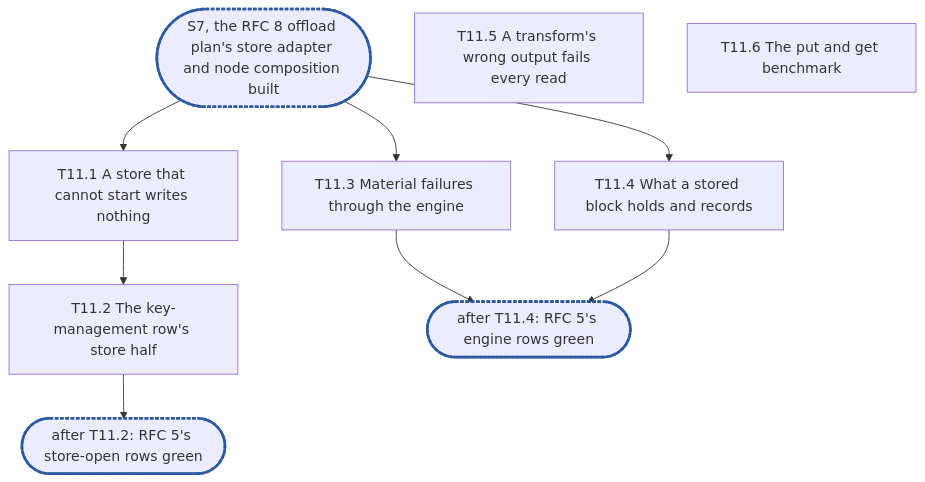
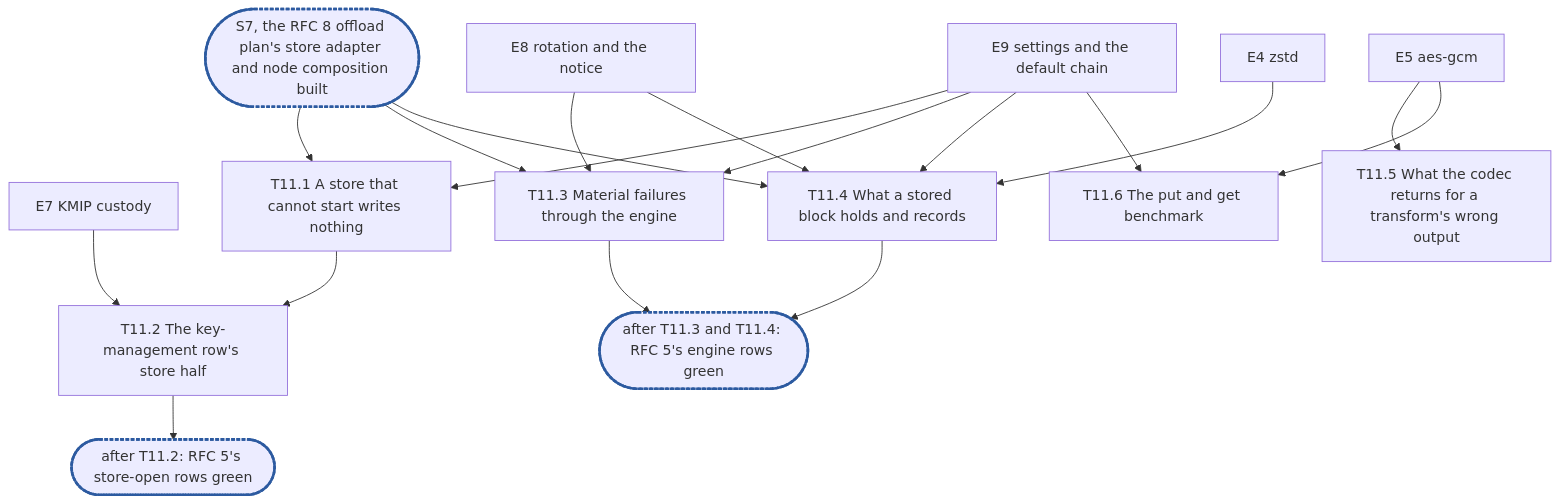
The diagram in .planning/rfc-5-transforms-epic11.md (cubbit/dittofs), drawn with Mermaid before and after one commit. The commit also changed other lines of this file, not shown here.

Commit message:
docs(planning): fold review passes into RFC 5 epic 11

````diff
--- a/.planning/rfc-5-transforms-epic11.md
+++ b/.planning/rfc-5-transforms-epic11.md
@@ -429,14 +428,18 @@
 ```mermaid
 flowchart TD
   S7(["S7, the RFC 8 offload plan's store adapter and node composition built"]):::sync
-  S7 --> T11_1["T11.1 A store that cannot start writes nothing"]
-  T11_1 --> T11_2["T11.2 The key-management row's store half"]
-  S7 --> T11_3["T11.3 Material failures through the engine"]
-  S7 --> T11_4["T11.4 What a stored block holds and records"]
-  T11_5["T11.5 A transform's wrong output fails every read"]
-  T11_6["T11.6 The put and get benchmark"]
+  E9["E9 settings and the default chain"]
+  E8["E8 rotation and the notice"]
+  E7["E7 KMIP custody"]
+  E5["E5 aes-gcm"]
+  E4["E4 zstd"]
+  S7 & E9 --> T11_1["T11.1 A store that cannot start writes nothing"]
+  T11_1 & E7 --> T11_2["T11.2 The key-management row's store half"]
+  S7 & E8 & E9 --> T11_3["T11.3 Material failures through the engine"]
+  S7 & E4 & E8 & E9 --> T11_4["T11.4 What a stored block holds and records"]
+  E5 --> T11_5["T11.5 What the codec returns for a transform's wrong output"]
+  E5 & E9 --> T11_6["T11.6 The put and get benchmark"]
   T11_2 --> C1(["after T11.2: RFC 5's store-open rows green"]):::sync
-  T11_3 --> C2(["after T11.4: RFC 5's engine rows green"]):::sync
-  T11_4 --> C2
+  T11_3 & T11_4 --> C2(["after T11.3 and T11.4: RFC 5's engine rows green"]):::sync
   classDef sync stroke:#2c5aa0,stroke-width:3px,stroke-dasharray:4 2
 ```
````
